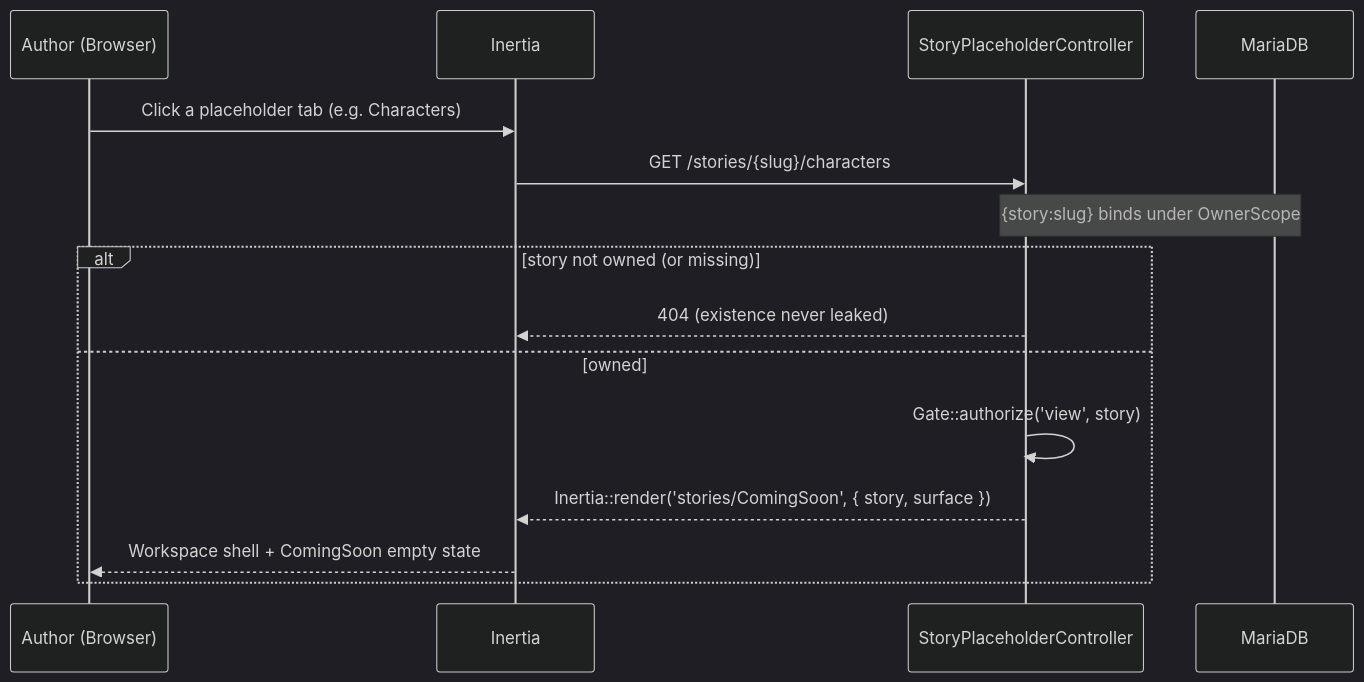
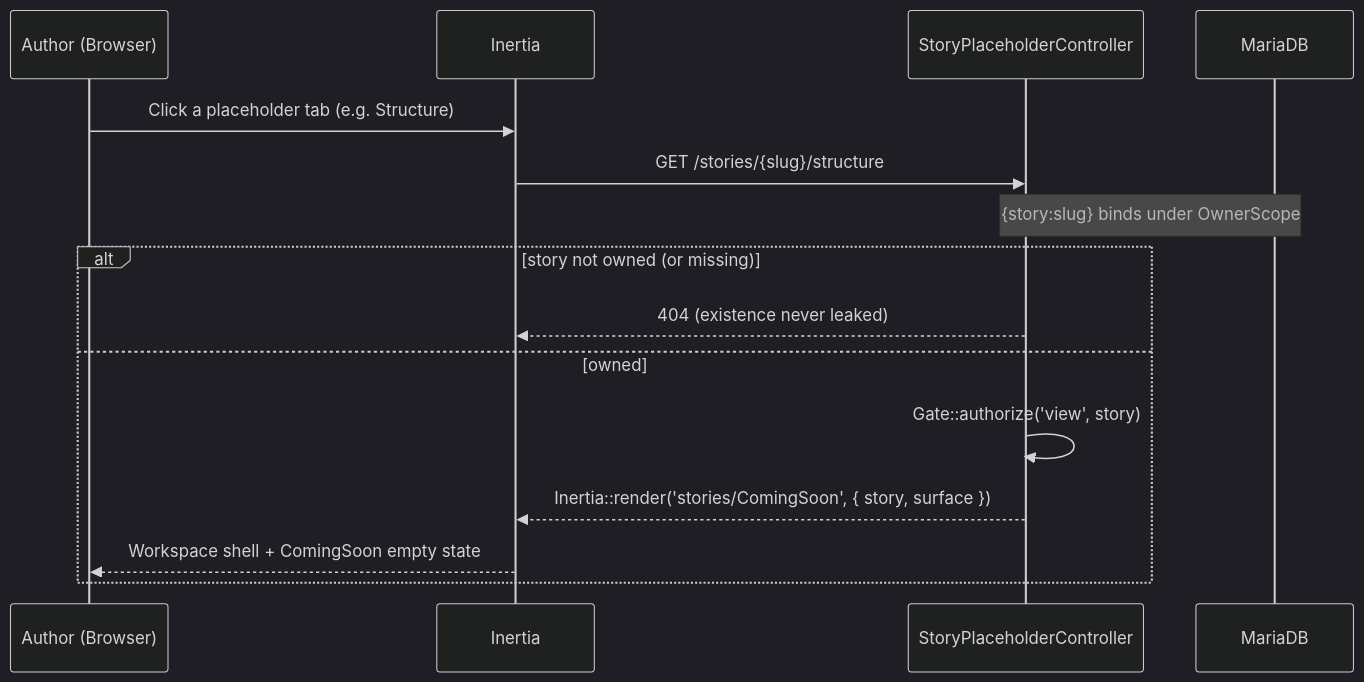
Before and after one commit to ZulfikarHD/text-advanture-app: the second of 2 diagrams in docs/architecture/Diagrams/Authoring/Story_Workspace_Shell.md, drawn with Mermaid (dark theme). The commit also changed other lines of this file and 24 other files, not shown here.

````diff
--- a/docs/architecture/Diagrams/Authoring/Story_Workspace_Shell.md
+++ b/docs/architecture/Diagrams/Authoring/Story_Workspace_Shell.md
@@ -39,18 +39,18 @@
 ```mermaid
 sequenceDiagram
     participant U as Author (Browser)
     participant I as Inertia
     participant C as StoryPlaceholderController
     participant DB as MariaDB
 
-    U->>I: Click a placeholder tab (e.g. Characters)
-    I->>C: GET /stories/{slug}/characters
+    U->>I: Click a placeholder tab (e.g. Structure)
+    I->>C: GET /stories/{slug}/structure
     Note over C,DB: {story:slug} binds under OwnerScope
     alt story not owned (or missing)
         C-->>I: 404 (existence never leaked)
     else owned
         C->>C: Gate::authorize('view', story)
         C-->>I: Inertia::render('stories/ComingSoon', { story, surface })
         I-->>U: Workspace shell + ComingSoon empty state
     end
 ```
````
